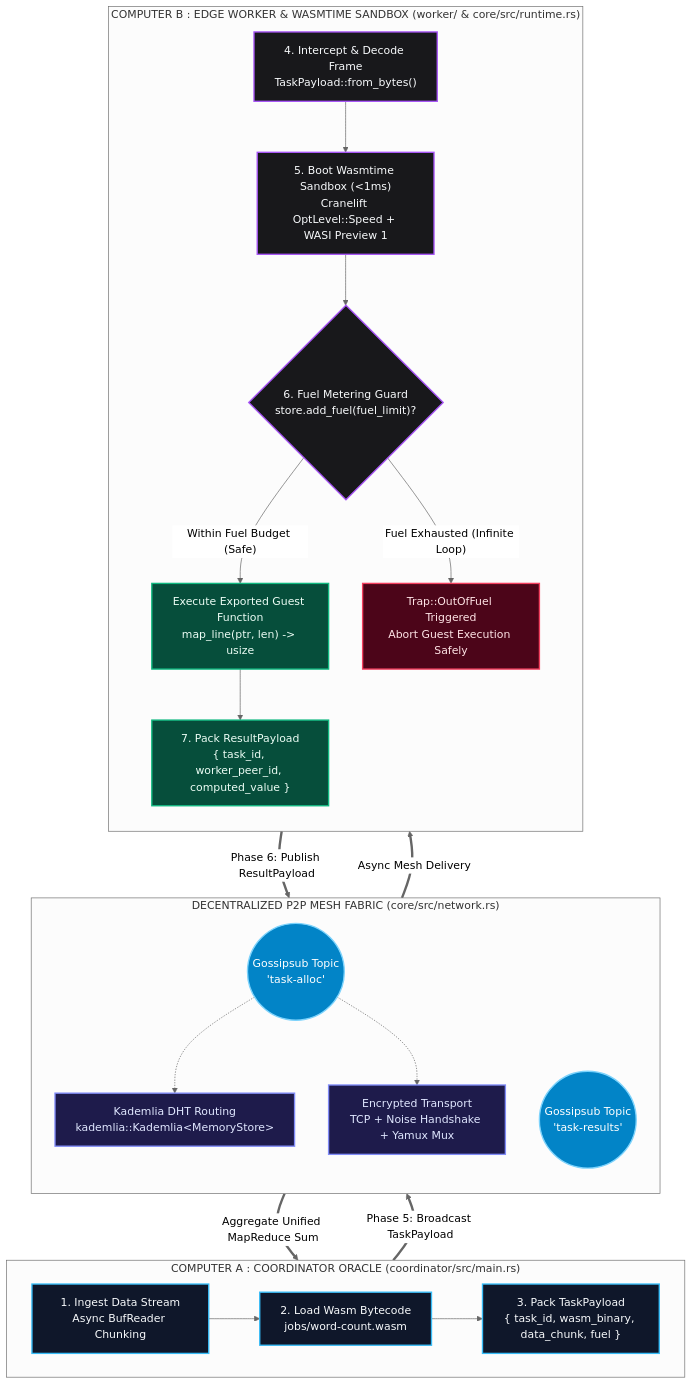
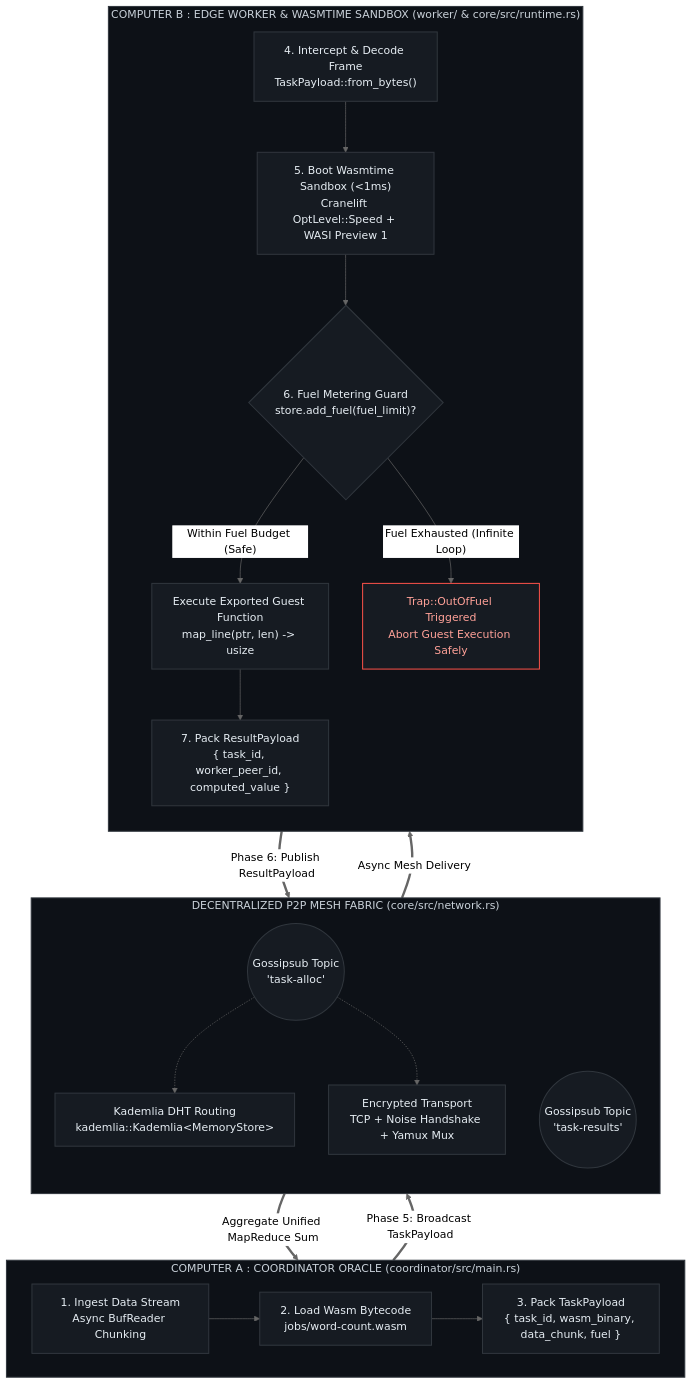
Before and after one commit to AM4517UMOR4NG/Nitro-Compute: the first of 2 diagrams in README.md, drawn with Mermaid (neutral theme). The commit also changed 1 other file, not shown here.

Commit message:
style(readme): unify SVG blueprint and flowchart with GitHub sequence diagram aesthetic

````diff
--- a/README.md
+++ b/README.md
@@ -58,45 +58,39 @@
 ```mermaid
 flowchart TD
     subgraph COORD["COMPUTER A : COORDINATOR ORACLE (coordinator/src/main.rs)"]
         direction LR
         S1["1. Ingest Data Stream<br/>Async BufReader Chunking"] --> S2["2. Load Wasm Bytecode<br/>jobs/word-count.wasm"]
         S2 --> S3["3. Pack TaskPayload<br/>{ task_id, wasm_binary, data_chunk, fuel }"]
     end
 
     subgraph MESH["DECENTRALIZED P2P MESH FABRIC (core/src/network.rs)"]
         direction TB
         DHT["Kademlia DHT Routing<br/>kademlia::Kademlia&lt;MemoryStore&gt;"]
         SEC["Encrypted Transport<br/>TCP + Noise Handshake + Yamux Mux"]
         TOPIC_ALLOC(("Gossipsub Topic<br/>'task-alloc'"))
         TOPIC_RES(("Gossipsub Topic<br/>'task-results'"))
     end
 
     subgraph WORKER["COMPUTER B : EDGE WORKER & WASMTIME SANDBOX (worker/ & core/src/runtime.rs)"]
         direction TB
         S4["4. Intercept & Decode Frame<br/>TaskPayload::from_bytes()"] --> S5["5. Boot Wasmtime Sandbox (&lt;1ms)<br/>Cranelift OptLevel::Speed + WASI Preview 1"]
         S5 --> S6{"6. Fuel Metering Guard<br/>store.add_fuel(fuel_limit)?"}
         S6 -- "Within Fuel Budget (Safe)" --> EXEC["Execute Exported Guest Function<br/>map_line(ptr, len) -> usize"]
         S6 -- "Fuel Exhausted (Infinite Loop)" --> TRAP["Trap::OutOfFuel Triggered<br/>Abort Guest Execution Safely"]
         EXEC --> S7["7. Pack ResultPayload<br/>{ task_id, worker_peer_id, computed_value }"]
     end
 
     S3 ==>|"Phase 5: Broadcast TaskPayload"| TOPIC_ALLOC
     TOPIC_ALLOC -.-> DHT & SEC
     TOPIC_ALLOC ==>|"Async Mesh Delivery"| S4
     S7 ==>|"Phase 6: Publish ResultPayload"| TOPIC_RES
     TOPIC_RES ==>|"Aggregate Unified MapReduce Sum"| COORD
 
-    classDef coordBox fill:#0F172A,stroke:#38BDF8,stroke-width:2px,color:#F8FAFC
-    classDef meshBox fill:#1E1B4B,stroke:#818CF8,stroke-width:2px,color:#E0E7FF
-    classDef workerBox fill:#18181B,stroke:#A855F7,stroke-width:2px,color:#F8FAFC
-    classDef safeNode fill:#064E3B,stroke:#10B981,stroke-width:2px,color:#ECFDF5
-    classDef trapNode fill:#4C0519,stroke:#F43F5E,stroke-width:2px,color:#FFE4E6
-    classDef topicNode fill:#0284C7,stroke:#7DD3FC,stroke-width:2px,color:#FFFFFF
+    classDef defaultNode fill:#161B22,stroke:#30363D,stroke-width:1.5px,color:#E6EDF3
+    classDef frameGroup fill:#0D1117,stroke:#30363D,stroke-width:1.5px,color:#C9D1D9
+    classDef trapNode fill:#161B22,stroke:#F85149,stroke-width:1.5px,color:#FFA198
 
-    class S1,S2,S3 coordBox
-    class DHT,SEC meshBox
-    class S4,S5,S6 workerBox
-    class EXEC,S7 safeNode
+    class S1,S2,S3,DHT,SEC,TOPIC_ALLOC,TOPIC_RES,S4,S5,S6,EXEC,S7 defaultNode
+    class COORD,MESH,WORKER frameGroup
     class TRAP trapNode
-    class TOPIC_ALLOC,TOPIC_RES topicNode
 ```
````
